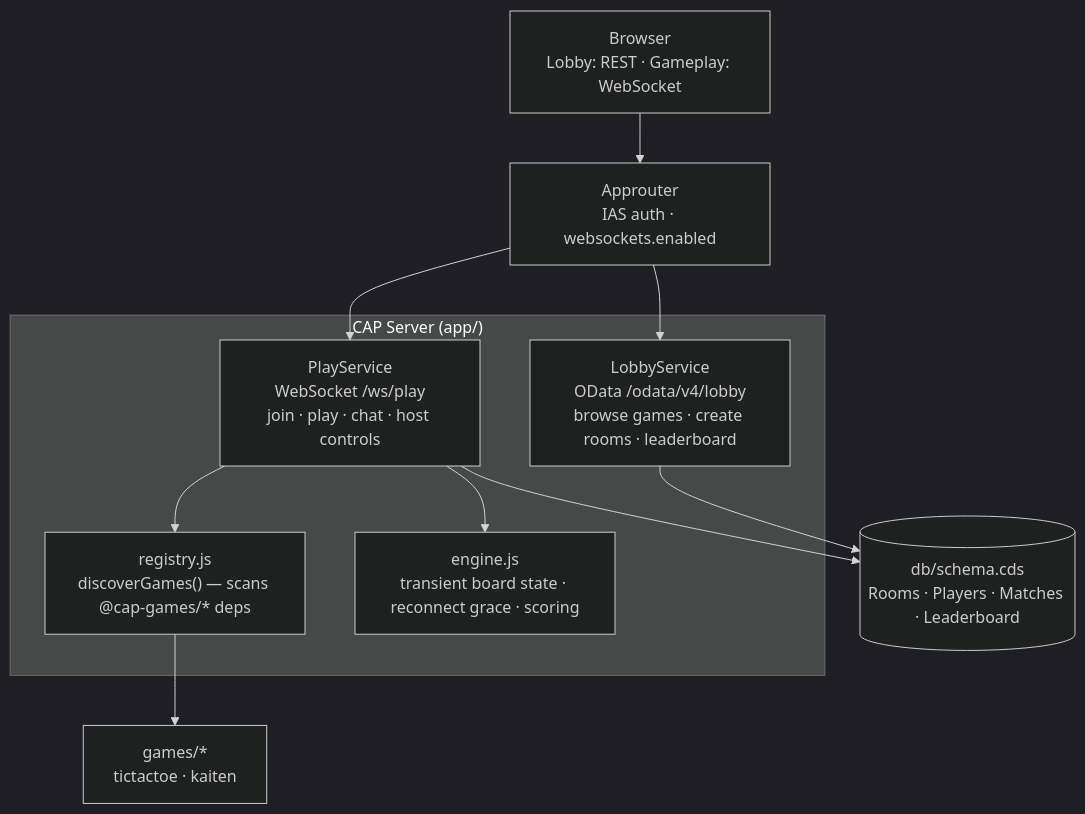
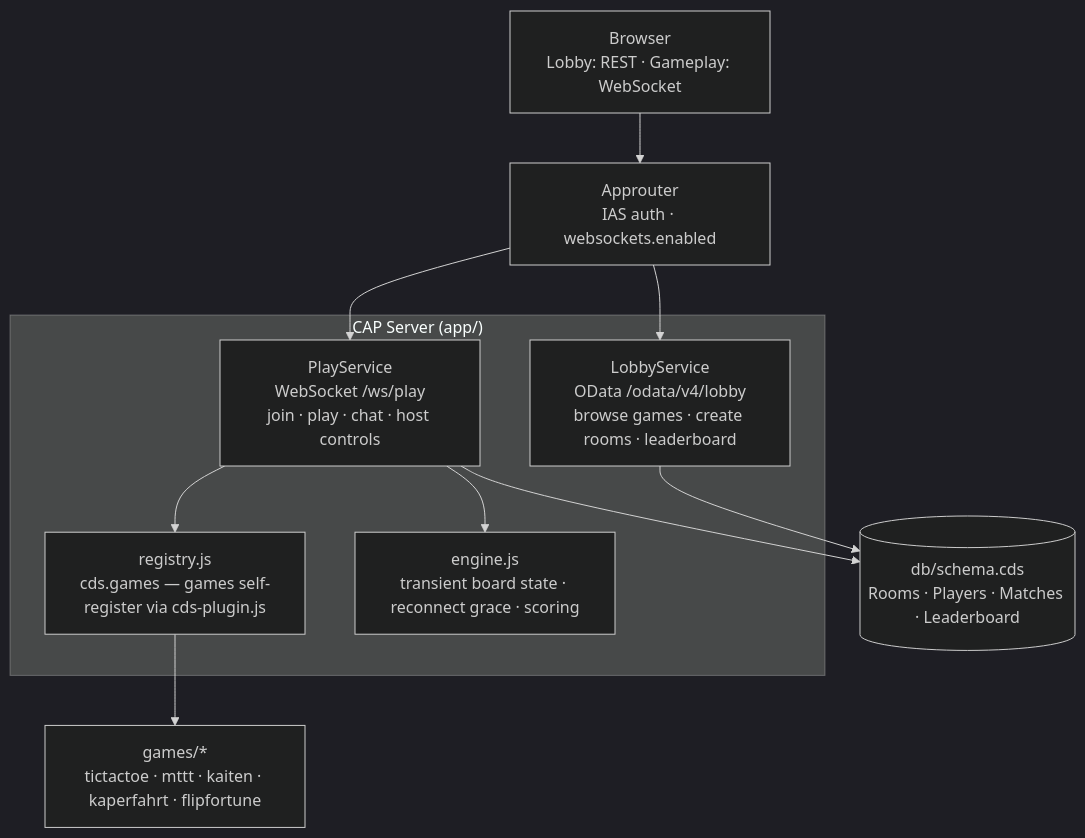
The diagram in README.md (TruLov/cap-games), drawn with Mermaid (dark theme) before and after one commit. The commit also changed other lines of this file and 4 other files, not shown here.

First line of the commit message:
docs: align README/AGENTS with cds-plugin.js self-registration

````diff
--- a/README.md
+++ b/README.md
@@ -12,24 +12,24 @@
 ```mermaid
 flowchart TB
     Browser["Browser<br/>Lobby: REST · Gameplay: WebSocket"]
     Approuter["Approuter<br/>IAS auth · websockets.enabled"]
 
     subgraph CAP["CAP Server (app/)"]
         Lobby["LobbyService<br/>OData /odata/v4/lobby<br/>browse games · create rooms · leaderboard"]
         Play["PlayService<br/>WebSocket /ws/play<br/>join · play · chat · host controls"]
-        Registry["registry.js<br/>discoverGames() — scans @cap-games/* deps"]
+        Registry["registry.js<br/>cds.games — games self-register via cds-plugin.js"]
         Engine["engine.js<br/>transient board state · reconnect grace · scoring"]
     end
 
     DB[("db/schema.cds<br/>Rooms · Players · Matches · Leaderboard")]
-    Games["games/*<br/>tictactoe · kaiten"]
+    Games["games/*<br/>tictactoe · mttt · kaiten · kaperfahrt · flipfortune"]
 
     Browser --> Approuter
     Approuter --> Lobby
     Approuter --> Play
     Lobby --> DB
     Play --> Engine
     Play --> Registry
     Play --> DB
     Registry --> Games
 ```
````
